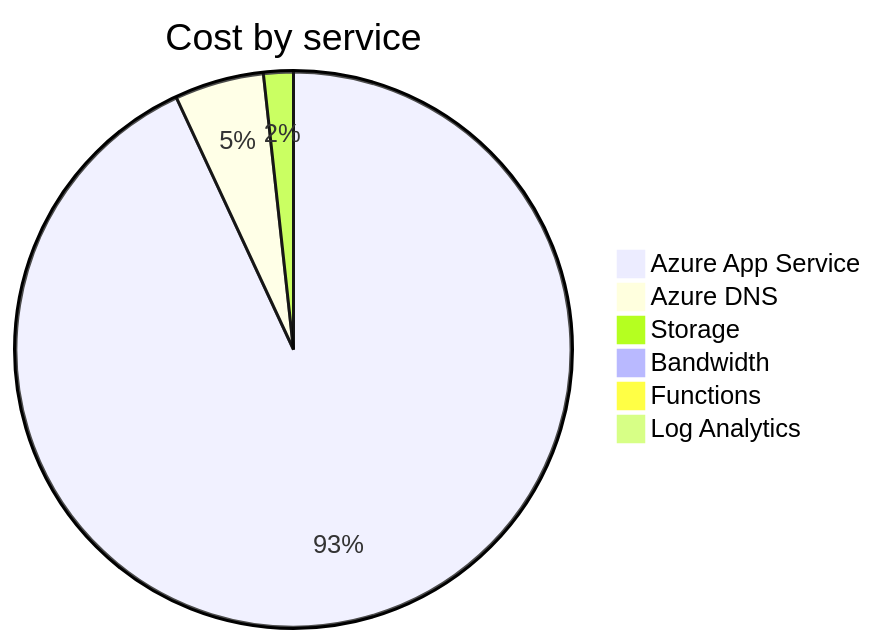
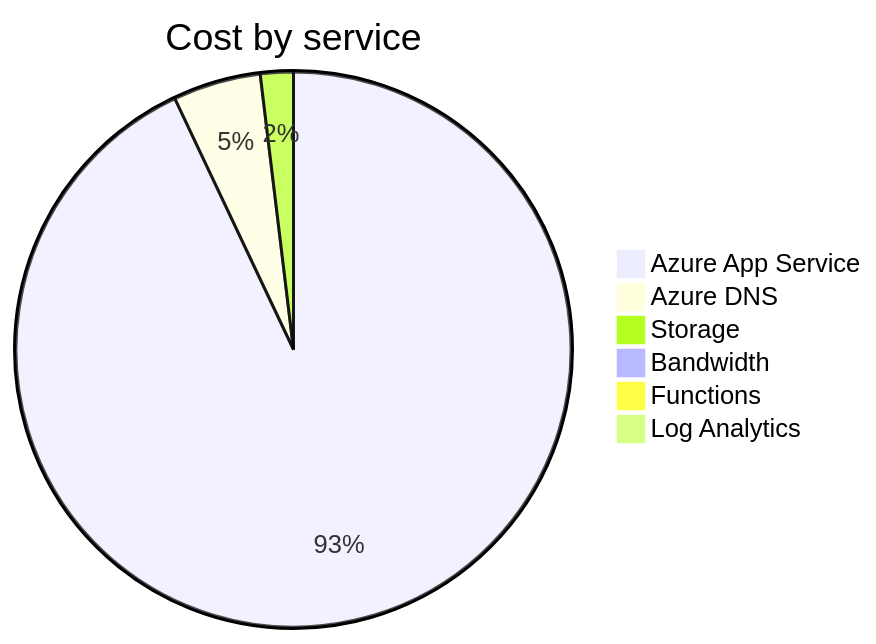
One commit to jpfulton/azure-personal-reports changed the second of 4 diagrams in cost-reports/accumulated-cost.md. Above: the diagram before and after it, drawn with Mermaid. The commit also changed other lines of this file and 4 other files, not shown here.

````diff
--- a/cost-reports/accumulated-cost.md
+++ b/cost-reports/accumulated-cost.md
@@ -100,10 +100,10 @@
 ```mermaid
 pie
    title Cost by service
-   "Azure App Service" : 2.15
-   "Azure DNS" : 0.12
-   "Storage" : 0.04
+   "Azure App Service" : 2.91
+   "Azure DNS" : 0.16
+   "Storage" : 0.06
    "Bandwidth" : 0.00
    "Functions" : 0.00
    "Log Analytics" : 0.00
 ```
````
